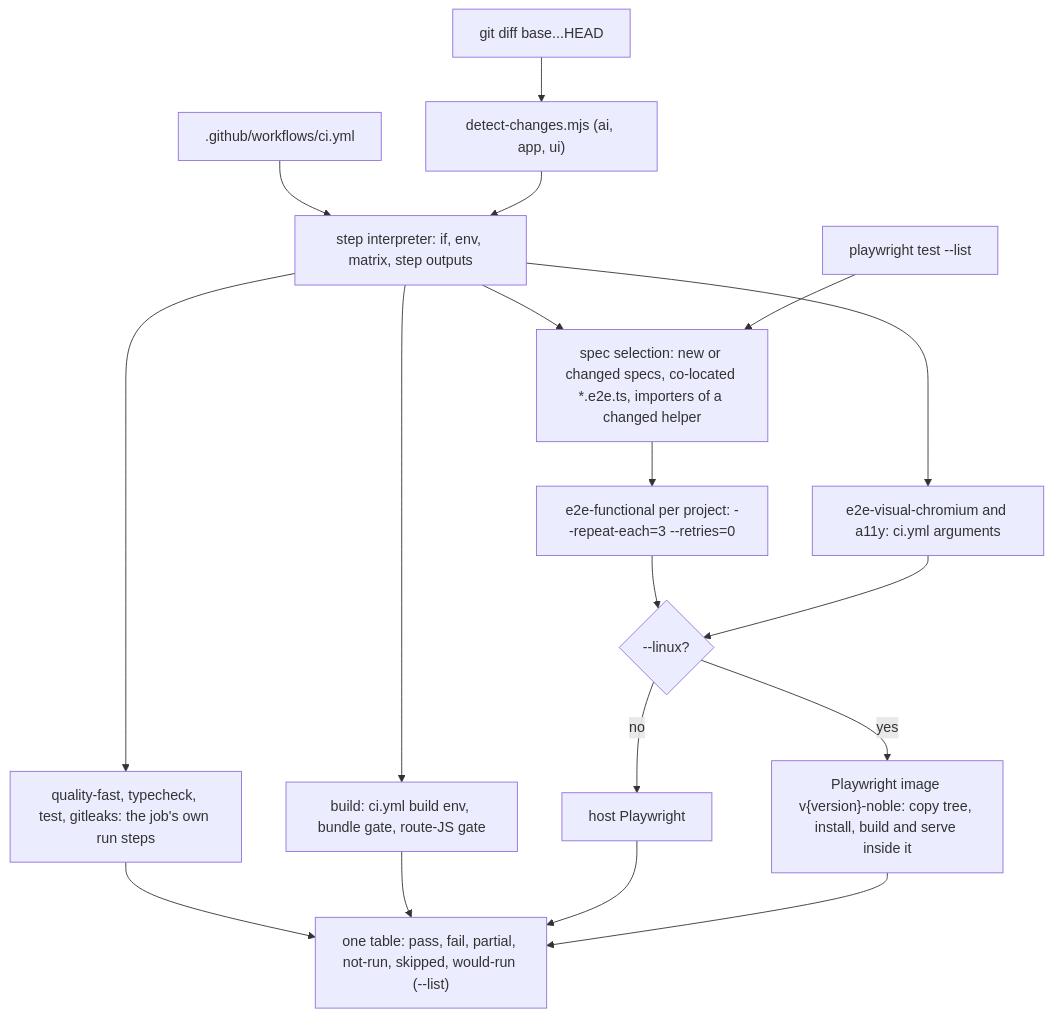
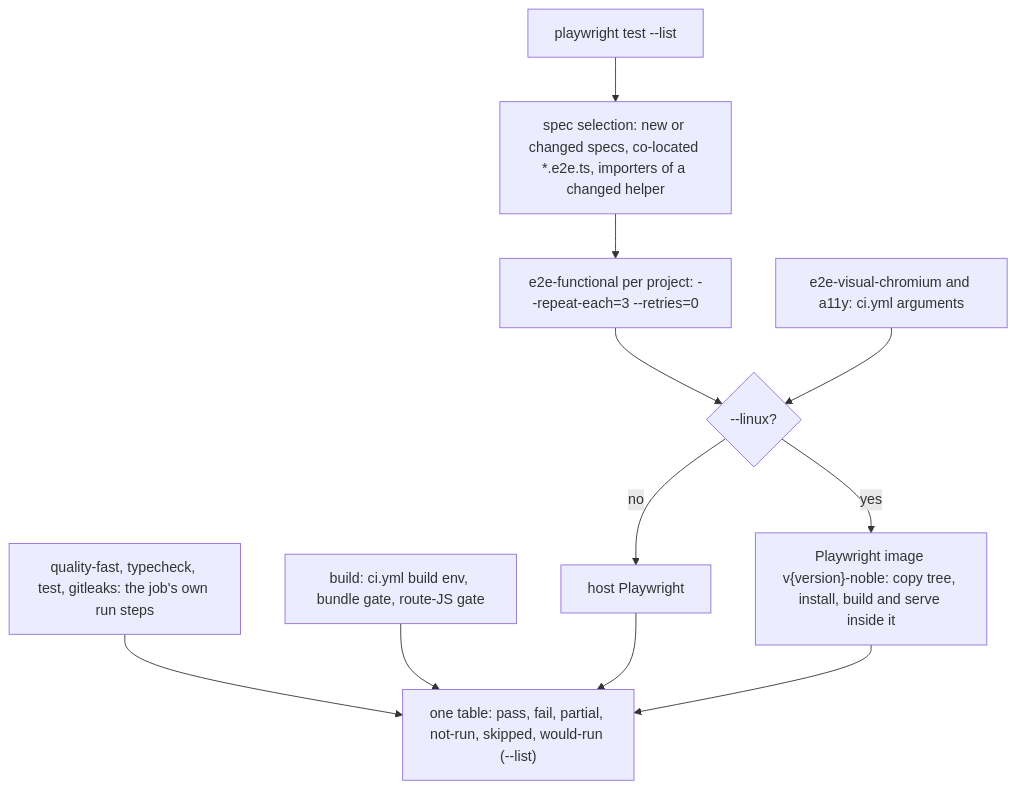
The second of 8 diagrams in docs/07-workflows.md (erikunha/portfolio), drawn with Mermaid before and after one commit. The commit also changed other lines of this file and 75 other files, not shown here.

````diff
--- a/docs/07-workflows.md
+++ b/docs/07-workflows.md
@@ -65,20 +80,13 @@
 ```mermaid
 flowchart TD
-    git["git diff base...HEAD"] --> dc["detect-changes.mjs (ai, app, ui)"]
-    yml[".github/workflows/ci.yml"] --> eng["step interpreter: if, env, matrix, step outputs"]
-    dc --> eng
-    eng --> st["quality-fast, typecheck, test, gitleaks: the job's own run steps"]
-    eng --> bd["build: ci.yml build env, bundle gate, route-JS gate"]
-    eng --> sel["spec selection: new or changed specs, co-located *.e2e.ts, importers of a changed helper"]
+    sel["spec selection: new or changed specs, co-located *.e2e.ts, importers of a changed helper"] --> e2e["e2e-functional per project: --repeat-each=3 --retries=0"]
     pw["playwright test --list"] --> sel
-    sel --> e2e["e2e-functional per project: --repeat-each=3 --retries=0"]
-    eng --> vis["e2e-visual-chromium and a11y: ci.yml arguments"]
     e2e --> lx{"--linux?"}
-    vis --> lx
+    vis["e2e-visual-chromium and a11y: ci.yml arguments"] --> lx
     lx -->|no| nat["host Playwright"]
     lx -->|yes| img["Playwright image v{version}-noble: copy tree, install, build and serve inside it"]
-    st --> tbl["one table: pass, fail, partial, not-run, skipped, would-run (--list)"]
-    bd --> tbl
+    st["quality-fast, typecheck, test, gitleaks: the job's own run steps"] --> tbl["one table: pass, fail, partial, not-run, skipped, would-run (--list)"]
+    bd["build: ci.yml build env, bundle gate, route-JS gate"] --> tbl
     nat --> tbl
     img --> tbl
 ```
````
